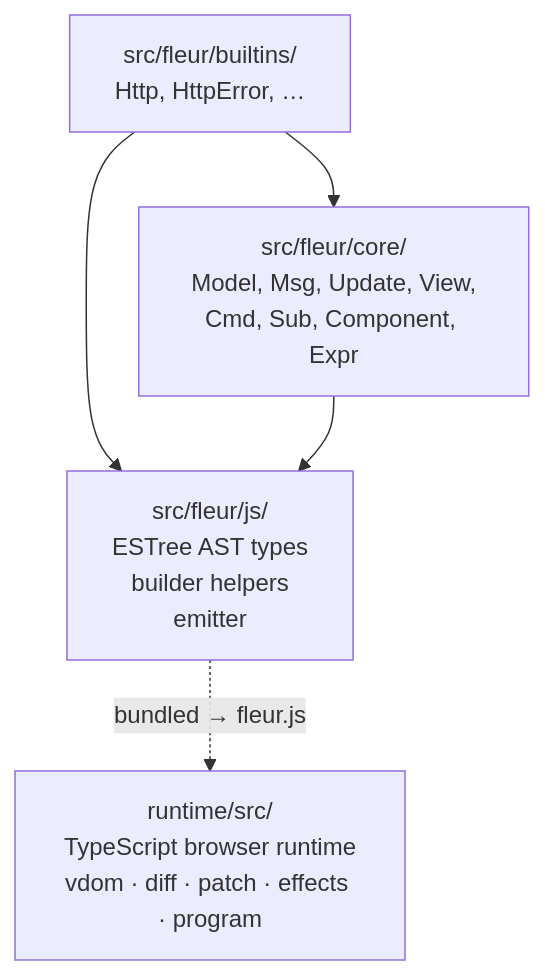
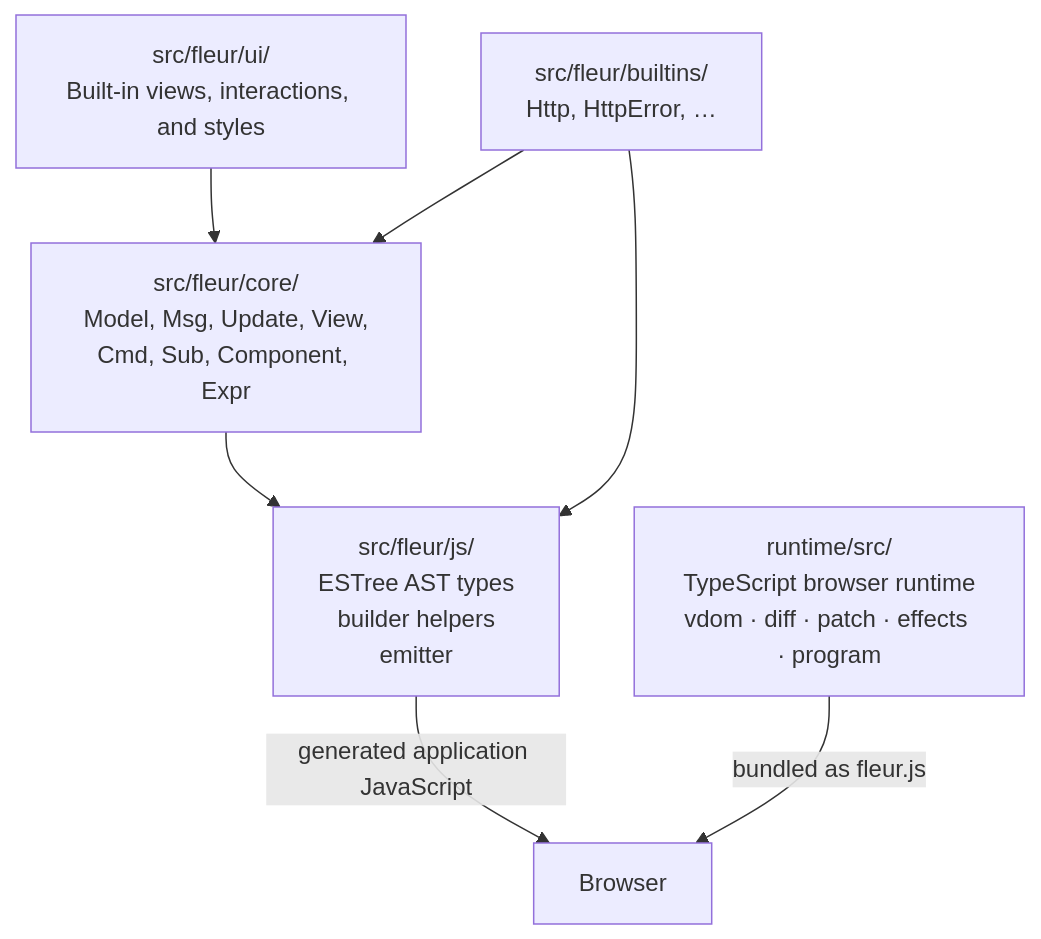
One commit to altescy/fleur changed the second of 7 diagrams in ARCHITECTURE.md. Above: the diagram before and after it, drawn with Mermaid. The commit also changed other lines of this file, not shown here.

````diff
--- a/ARCHITECTURE.md
+++ b/ARCHITECTURE.md
@@ -56,12 +57,16 @@
 ```mermaid
 graph TD
+    ui["src/fleur/ui/\nBuilt-in views, interactions, and styles"]
     builtins["src/fleur/builtins/\nHttp, HttpError, …"]
     core["src/fleur/core/\nModel, Msg, Update, View,\nCmd, Sub, Component, Expr"]
     js["src/fleur/js/\nESTree AST types\nbuilder helpers\nemitter"]
     runtime["runtime/src/\nTypeScript browser runtime\nvdom · diff · patch · effects · program"]
+    browser["Browser"]
 
+    ui --> core
     builtins --> core
     builtins --> js
     core --> js
-    js -.->|"bundled → fleur.js"| runtime
+    js -->|"generated application JavaScript"| browser
+    runtime -->|"bundled as fleur.js"| browser
 ```
````
